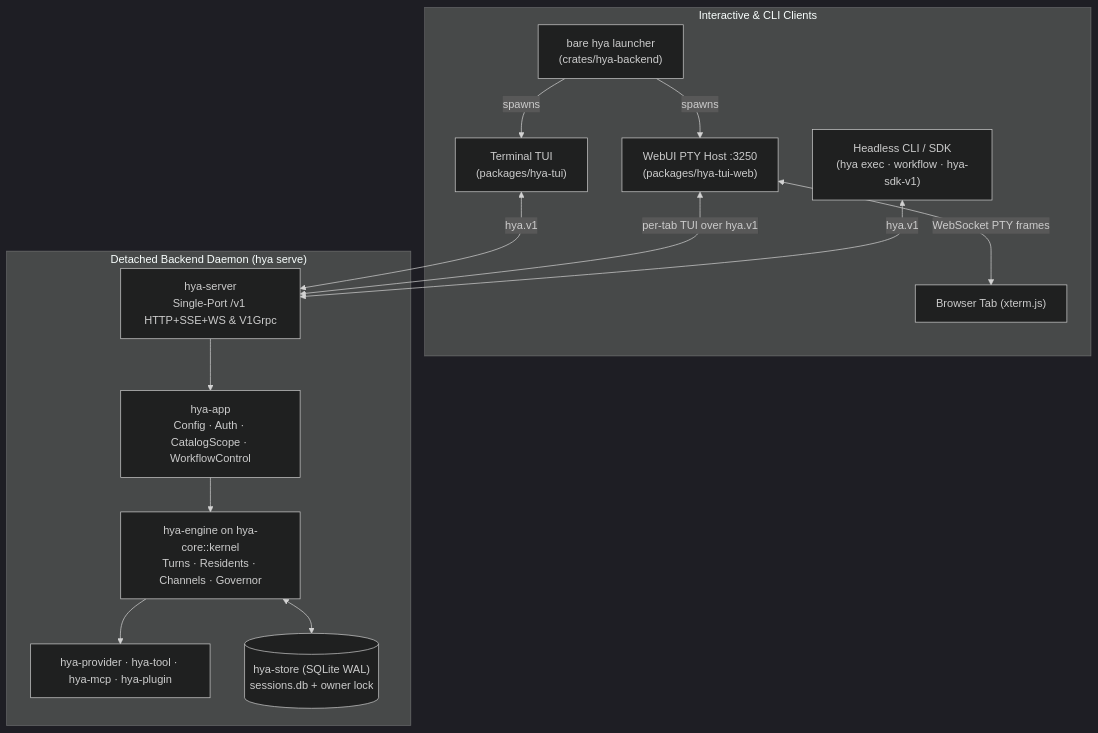
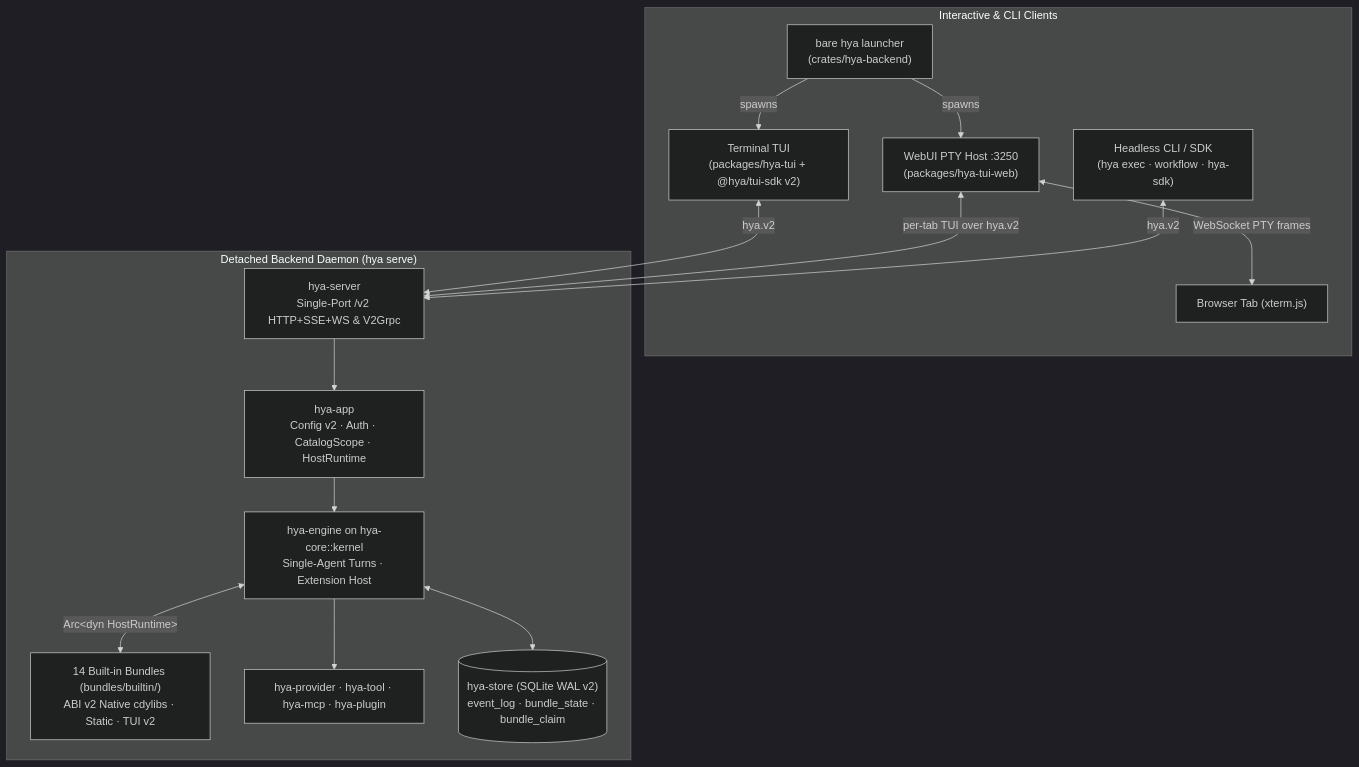
The diagram in docs/architecture/overview.md (anyin233/hya), drawn with Mermaid (dark theme) before and after one commit. The commit also changed other lines of this file and 29 other files, not shown here.

Commit message:
docs(v2): add native-abi and migration guides and complete v2 documentation sweep

````diff
--- a/docs/architecture/overview.md
+++ b/docs/architecture/overview.md
@@ -54,30 +54,32 @@
 ```mermaid
 flowchart TB
     subgraph ClientSide["Interactive & CLI Clients"]
         Bare["bare hya launcher<br/>(crates/hya-backend)"]
-        TUI["Terminal TUI<br/>(packages/hya-tui)"]
+        TUI["Terminal TUI<br/>(packages/hya-tui + @hya/tui-sdk v2)"]
         Web["WebUI PTY Host :3250<br/>(packages/hya-tui-web)"]
         Browser["Browser Tab (xterm.js)"]
-        CLI["Headless CLI / SDK<br/>(hya exec · workflow · hya-sdk-v1)"]
+        CLI["Headless CLI / SDK<br/>(hya exec · workflow · hya-sdk)"]
 
         Bare -->|spawns| TUI
         Bare -->|spawns| Web
         Web <-->|WebSocket PTY frames| Browser
     end
 
     subgraph Daemon["Detached Backend Daemon (hya serve)"]
-        Server["hya-server<br/>Single-Port /v1 HTTP+SSE+WS & V1Grpc"]
-        App["hya-app<br/>Config · Auth · CatalogScope · WorkflowControl"]
-        Engine["hya-engine on hya-core::kernel<br/>Turns · Residents · Channels · Governor"]
+        Server["hya-server<br/>Single-Port /v2 HTTP+SSE+WS & V2Grpc"]
+        App["hya-app<br/>Config v2 · Auth · CatalogScope · HostRuntime"]
+        Engine["hya-engine on hya-core::kernel<br/>Single-Agent Turns · Extension Host"]
+        Bundles["14 Built-in Bundles (bundles/builtin/)<br/>ABI v2 Native cdylibs · Static · TUI v2"]
         Planes["hya-provider · hya-tool · hya-mcp · hya-plugin"]
-        Store[("hya-store (SQLite WAL)<br/>sessions.db + owner lock")]
+        Store[("hya-store (SQLite WAL v2)<br/>event_log · bundle_state · bundle_claim")]
 
         Server --> App --> Engine
+        Engine <-->|Arc&lt;dyn HostRuntime&gt;| Bundles
         Engine --> Planes
         Engine <--> Store
     end
 
-    TUI <-->|hya.v1| Server
-    Web <-->|per-tab TUI over hya.v1| Server
-    CLI <-->|hya.v1| Server
+    TUI <-->|hya.v2| Server
+    Web <-->|per-tab TUI over hya.v2| Server
+    CLI <-->|hya.v2| Server
 ```
````
